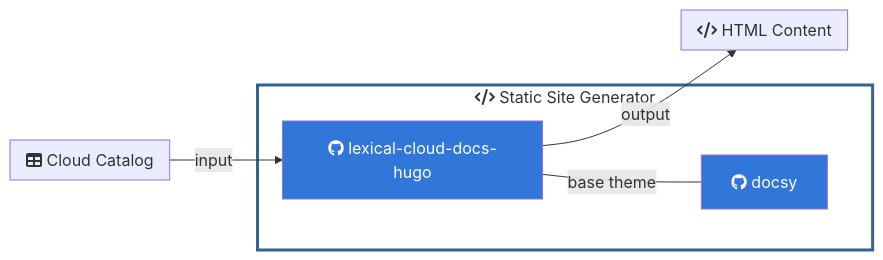
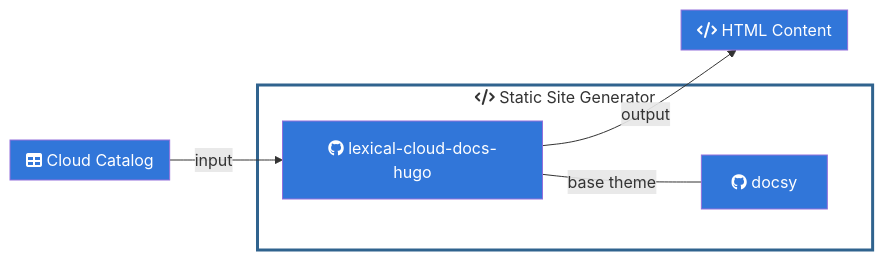
Before and after one commit to lexical-cloud/lexical-cloud-docs: the seventh of 11 diagrams in en/pages/project.md, drawn with Mermaid. The commit also changed other lines of this file, not shown here.

````diff
--- a/en/pages/project.md
+++ b/en/pages/project.md
@@ -406,28 +410,28 @@
 ```mermaid
 flowchart LR
 %% entities
   C1["fab:fa-github lexical-cloud-docs-hugo"]
   C2["fab:fa-github docsy"]
 %% groups
   subgraph G1["fa:fa-code Static Site Generator"]
     C1
     C2
   end
   subgraph G2["fa:fa-table Cloud Catalog"]
   end
   subgraph G3["fa:fa-code HTML Content"]
   end
 %% relationships
   G2 -->|input| C1
   C1 ---|base theme| C2
   C1 -->|output| G3
 %% styles
   classDef clickable fill:#3176d9,color:white
   classDef cluster fill:white
   style G1 stroke:#30638E,stroke-width:3px
 %% interactions
-  click C1 href "https://www.github.com/lexical-cloud/lexical-cloud-docs" _blank
-  click C2 href "https://www.github.com/lexical-cloud/lexical-cloud-docs-hugo" _blank
-  click C3 href "https://www.github.com/lexical-cloud/docsy" _blank
-  click C4 href "https://www.github.com/lexical-cloud/lexical-cloud.github.io" _blank
+  click C1 href "https://www.github.com/lexical-cloud/lexical-cloud-docs-hugo" _blank
+  click C2 href "https://www.github.com/lexical-cloud/docsy" _blank
+  click G2 "#cloud-catalog"
+  click G3 "#html-content"
 ```
````
